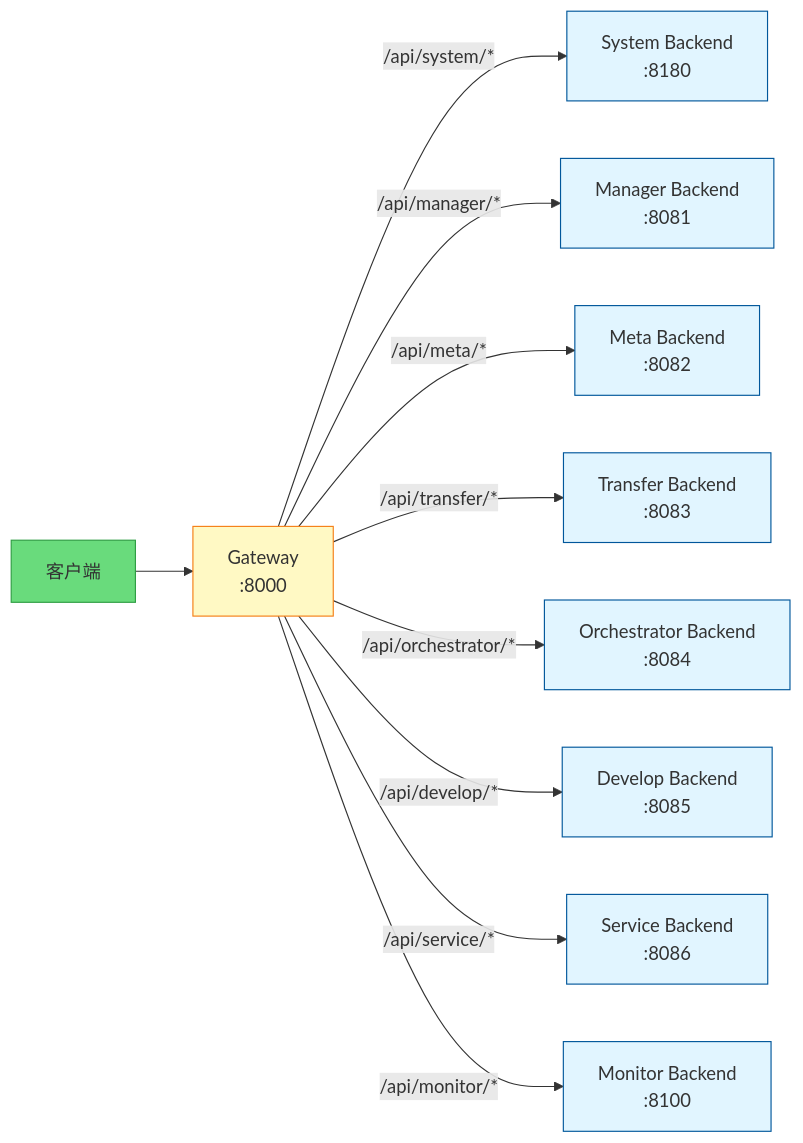
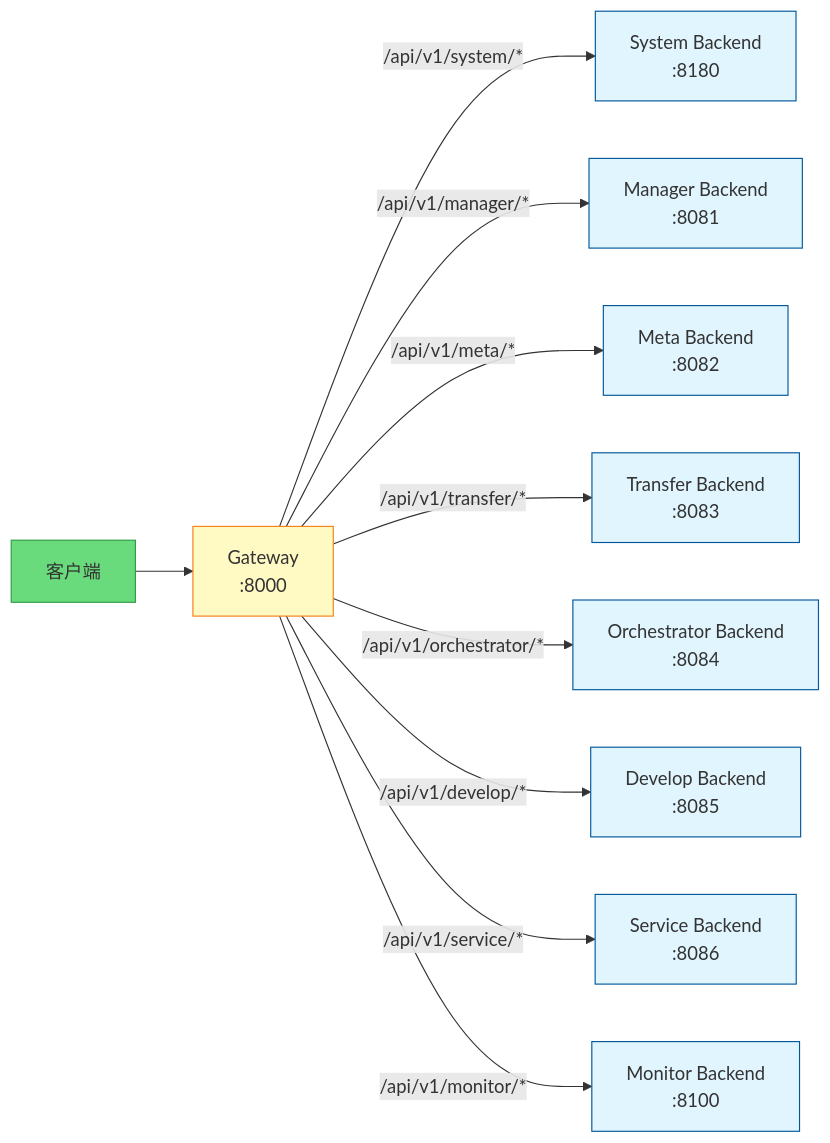
One commit to pampa0629/addp changed the seventh of 12 diagrams in docs/concepts/addp模块架构图.md. Above: the diagram before and after it, drawn with Mermaid. The commit also changed other lines of this file and 402 other files, not shown here.

````diff
--- a/docs/concepts/addp模块架构图.md
+++ b/docs/concepts/addp模块架构图.md
@@ -472,21 +472,21 @@
 ```mermaid
 graph LR
     Client[客户端] --> Gateway[Gateway<br/>:8000]
 
-    Gateway --> |/api/system/*| System[System Backend<br/>:8180]
-    Gateway --> |/api/manager/*| Manager[Manager Backend<br/>:8081]
-    Gateway --> |/api/meta/*| Meta[Meta Backend<br/>:8082]
-    Gateway --> |/api/transfer/*| Transfer[Transfer Backend<br/>:8083]
-    Gateway --> |/api/orchestrator/*| Orchestrator[Orchestrator Backend<br/>:8084]
-    Gateway --> |/api/develop/*| Develop[Develop Backend<br/>:8085]
-    Gateway --> |/api/service/*| Service[Service Backend<br/>:8086]
-    Gateway --> |/api/monitor/*| Monitor[Monitor Backend<br/>:8100]
+    Gateway --> |/api/v1/system/*| System[System Backend<br/>:8180]
+    Gateway --> |/api/v1/manager/*| Manager[Manager Backend<br/>:8081]
+    Gateway --> |/api/v1/meta/*| Meta[Meta Backend<br/>:8082]
+    Gateway --> |/api/v1/transfer/*| Transfer[Transfer Backend<br/>:8083]
+    Gateway --> |/api/v1/orchestrator/*| Orchestrator[Orchestrator Backend<br/>:8084]
+    Gateway --> |/api/v1/develop/*| Develop[Develop Backend<br/>:8085]
+    Gateway --> |/api/v1/service/*| Service[Service Backend<br/>:8086]
+    Gateway --> |/api/v1/monitor/*| Monitor[Monitor Backend<br/>:8100]
 
     classDef client fill:#69db7c,stroke:#2f9e44
     classDef gateway fill:#fff9c4,stroke:#f57f17
     classDef backend fill:#e1f5ff,stroke:#01579b
 
     class Client client
     class Gateway gateway
     class System,Manager,Meta,Transfer,Orchestrator,Develop,Service,Monitor backend
 ```
````
